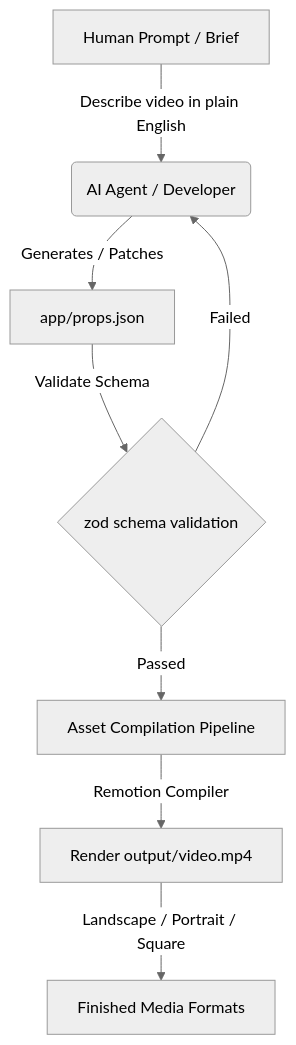
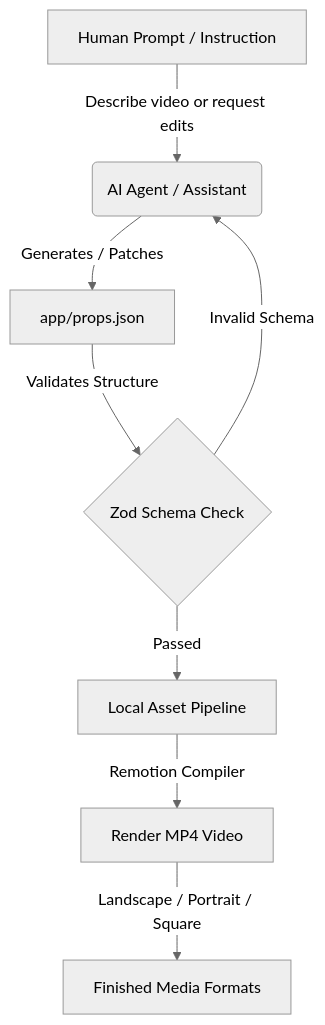
Before and after one commit to Saajonsayrest/ai_video_editor: the first of 2 diagrams in README.md, drawn with Mermaid (neutral theme). The commit also changed other lines of this file, not shown here.

Commit message:
Update root README.md with comprehensive standard specifications and diagrams

````diff
--- a/README.md
+++ b/README.md
@@ -38,10 +45,10 @@
 ```mermaid
 graph TD
-    A[Human Prompt / Brief] -->|Describe video in plain English| B(AI Agent / Developer)
+    A[Human Prompt / Instruction] -->|Describe video or request edits| B(AI Agent / Assistant)
     B -->|Generates / Patches| C[app/props.json]
-    C -->|Validate Schema| D{zod schema validation}
-    D -->|Passed| E[Asset Compilation Pipeline]
-    D -->|Failed| B
-    E -->|Remotion Compiler| F[Render output/video.mp4]
+    C -->|Validates Structure| D{Zod Schema Check}
+    D -->|Invalid Schema| B
+    D -->|Passed| E[Local Asset Pipeline]
+    E -->|Remotion Compiler| F[Render MP4 Video]
     F -->|Landscape / Portrait / Square| G[Finished Media Formats]
 ```
````
